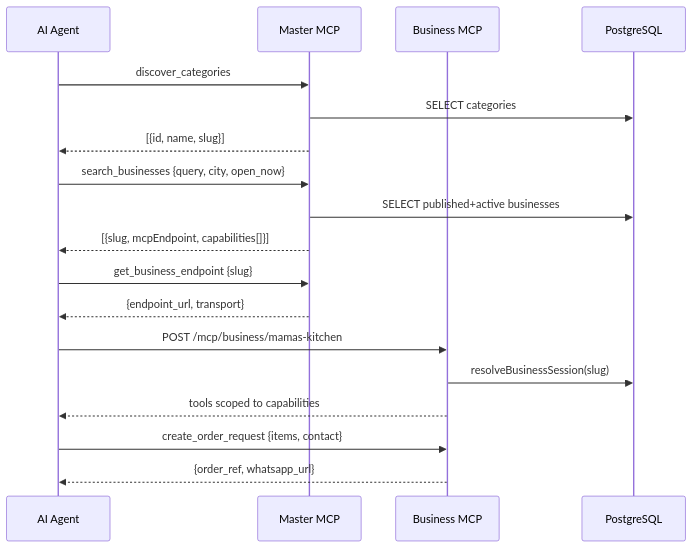
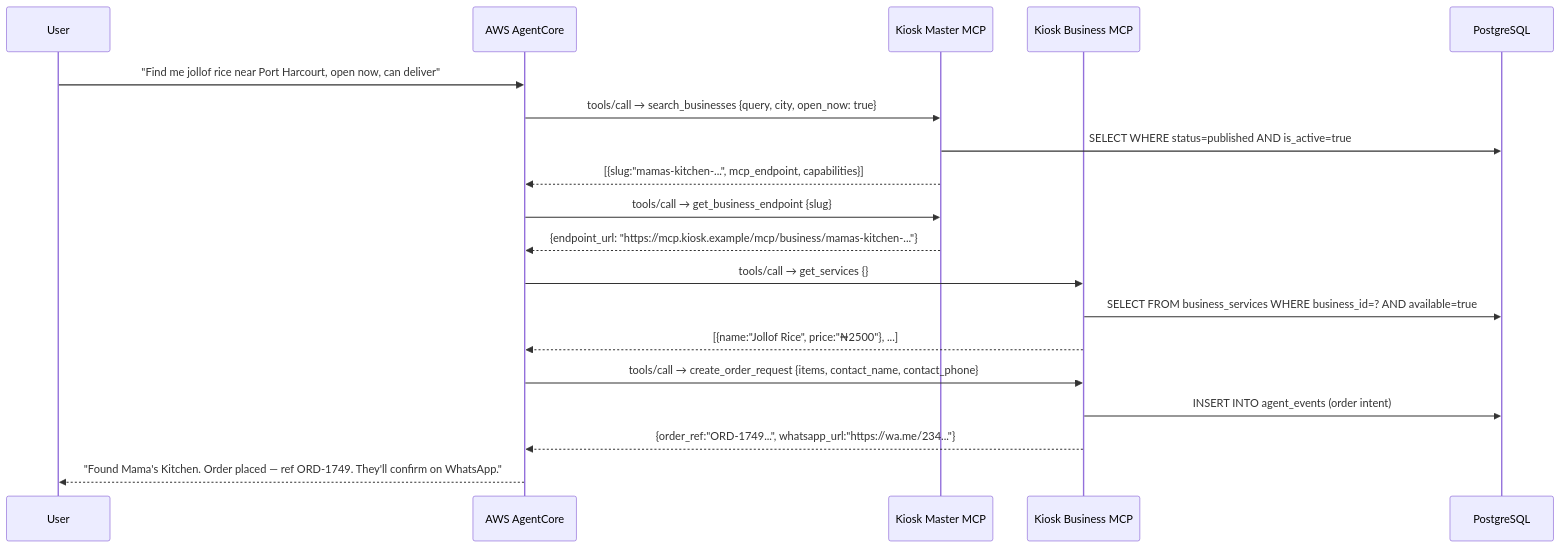
Before and after one commit to De-real-iManuel/Kiosk-mcp: the third of 8 diagrams in docs/architecture.md, drawn with Mermaid. The commit also changed other lines of this file and 5 other files, not shown here.

Commit message:
docs: document Kiosk agent infrastructure

````diff
--- a/docs/architecture.md
+++ b/docs/architecture.md
@@ -63,21 +85,26 @@
 ```mermaid
 sequenceDiagram
-    participant Agent as AI Agent
-    participant MMCP as Master MCP
-    participant BMCP as Business MCP
+    participant U as User
+    participant AC as AWS AgentCore
+    participant M as Kiosk Master MCP
+    participant B as Kiosk Business MCP
     participant DB as PostgreSQL
 
-    Agent->>MMCP: discover_categories
-    MMCP->>DB: SELECT categories
-    MMCP-->>Agent: [{id, name, slug}]
-    Agent->>MMCP: search_businesses {query, city, open_now}
-    MMCP->>DB: SELECT published+active businesses
-    MMCP-->>Agent: [{slug, mcpEndpoint, capabilities[]}]
-    Agent->>MMCP: get_business_endpoint {slug}
-    MMCP-->>Agent: {endpoint_url, transport}
-    Agent->>BMCP: POST /mcp/business/mamas-kitchen
-    BMCP->>DB: resolveBusinessSession(slug)
-    BMCP-->>Agent: tools scoped to capabilities
-    Agent->>BMCP: create_order_request {items, contact}
-    BMCP-->>Agent: {order_ref, whatsapp_url}
+    U->>AC: "Find me jollof rice near Port Harcourt, open now, can deliver"
+    AC->>M: tools/call → search_businesses {query, city, open_now: true}
+    M->>DB: SELECT WHERE status=published AND is_active=true
+    M-->>AC: [{slug:"mamas-kitchen-...", mcp_endpoint, capabilities}]
+
+    AC->>M: tools/call → get_business_endpoint {slug}
+    M-->>AC: {endpoint_url: "https://mcp.kiosk.example/mcp/business/mamas-kitchen-..."}
+
+    AC->>B: tools/call → get_services {}
+    B->>DB: SELECT FROM business_services WHERE business_id=? AND available=true
+    B-->>AC: [{name:"Jollof Rice", price:"₦2500"}, ...]
+
+    AC->>B: tools/call → create_order_request {items, contact_name, contact_phone}
+    B->>DB: INSERT INTO agent_events (order intent)
+    B-->>AC: {order_ref:"ORD-1749...", whatsapp_url:"https://wa.me/234..."}
+
+    AC-->>U: "Found Mama's Kitchen. Order placed — ref ORD-1749. They'll confirm on WhatsApp."
 ```
````
